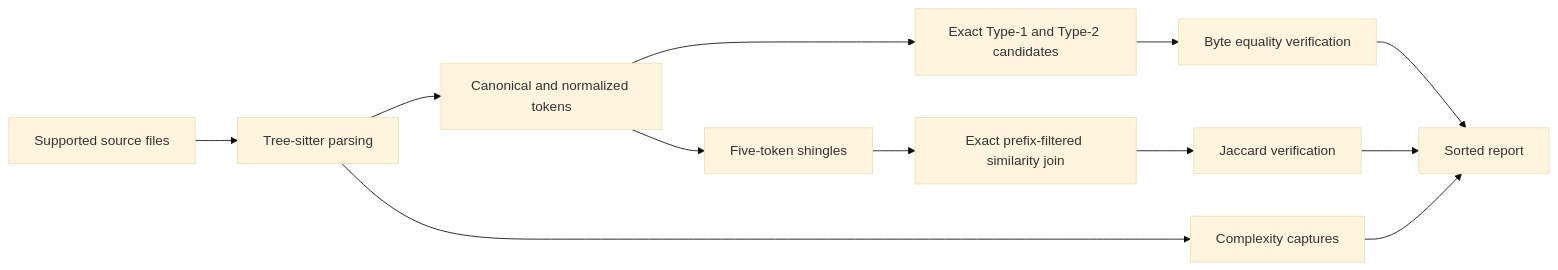
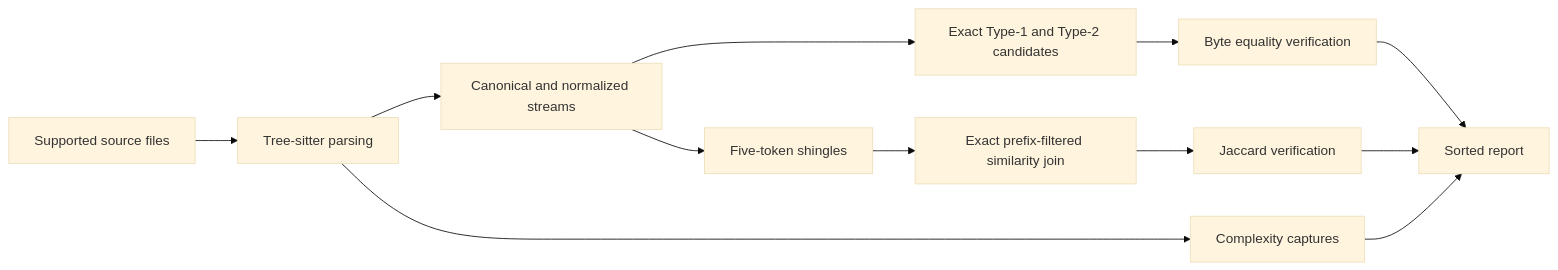
Before and after one commit to EzyGang/aposlop: the diagram in docs/content/concepts/how-it-works.md, drawn with Mermaid (base theme). The commit also changed other lines of this file and 30 other files, not shown here.

````diff
--- a/docs/content/concepts/how-it-works.md
+++ b/docs/content/concepts/how-it-works.md
@@ -6,14 +6,14 @@
 ```mermaid
 flowchart LR
   files[Supported source files] --> parse[Tree-sitter parsing]
-  parse --> tokens[Canonical and normalized tokens]
+  parse --> tokens[Canonical and normalized streams]
   tokens --> exact[Exact Type-1 and Type-2 candidates]
   tokens --> shingles[Five-token shingles]
   shingles --> join[Exact prefix-filtered similarity join]
   exact --> verify[Byte equality verification]
   join --> jaccard[Jaccard verification]
   verify --> report[Sorted report]
   jaccard --> report
   parse --> complexity[Complexity captures]
   complexity --> report
 ```
````
